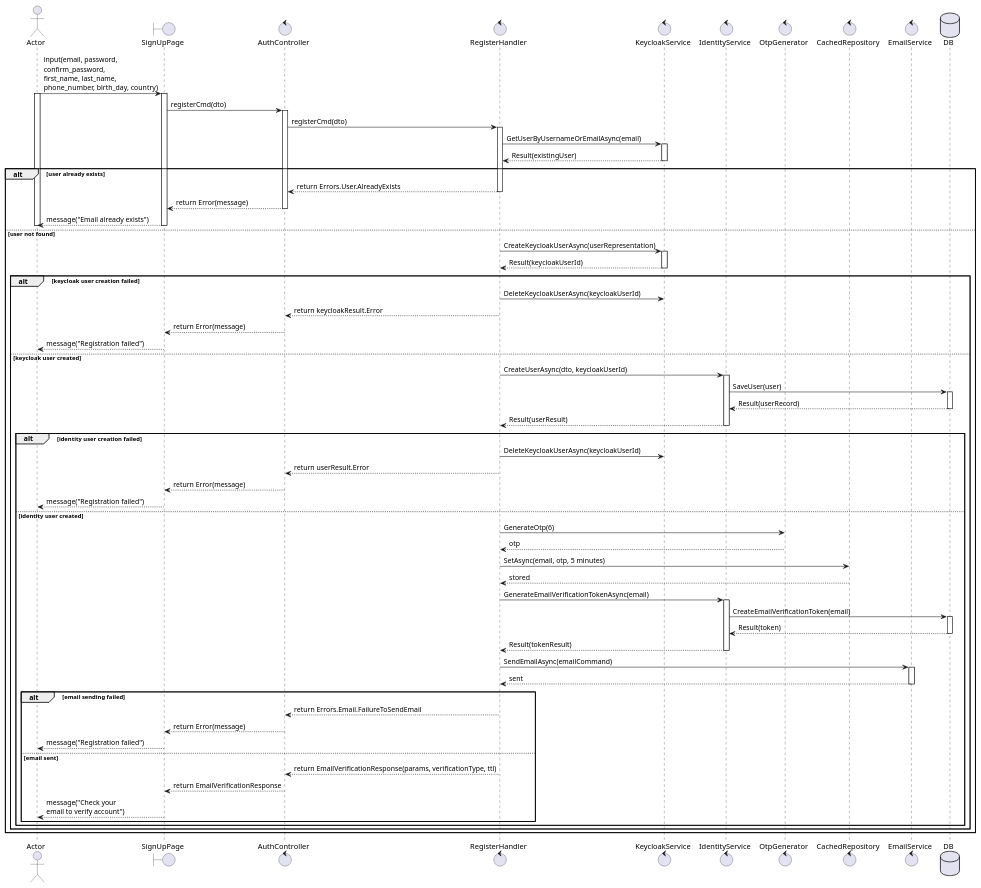
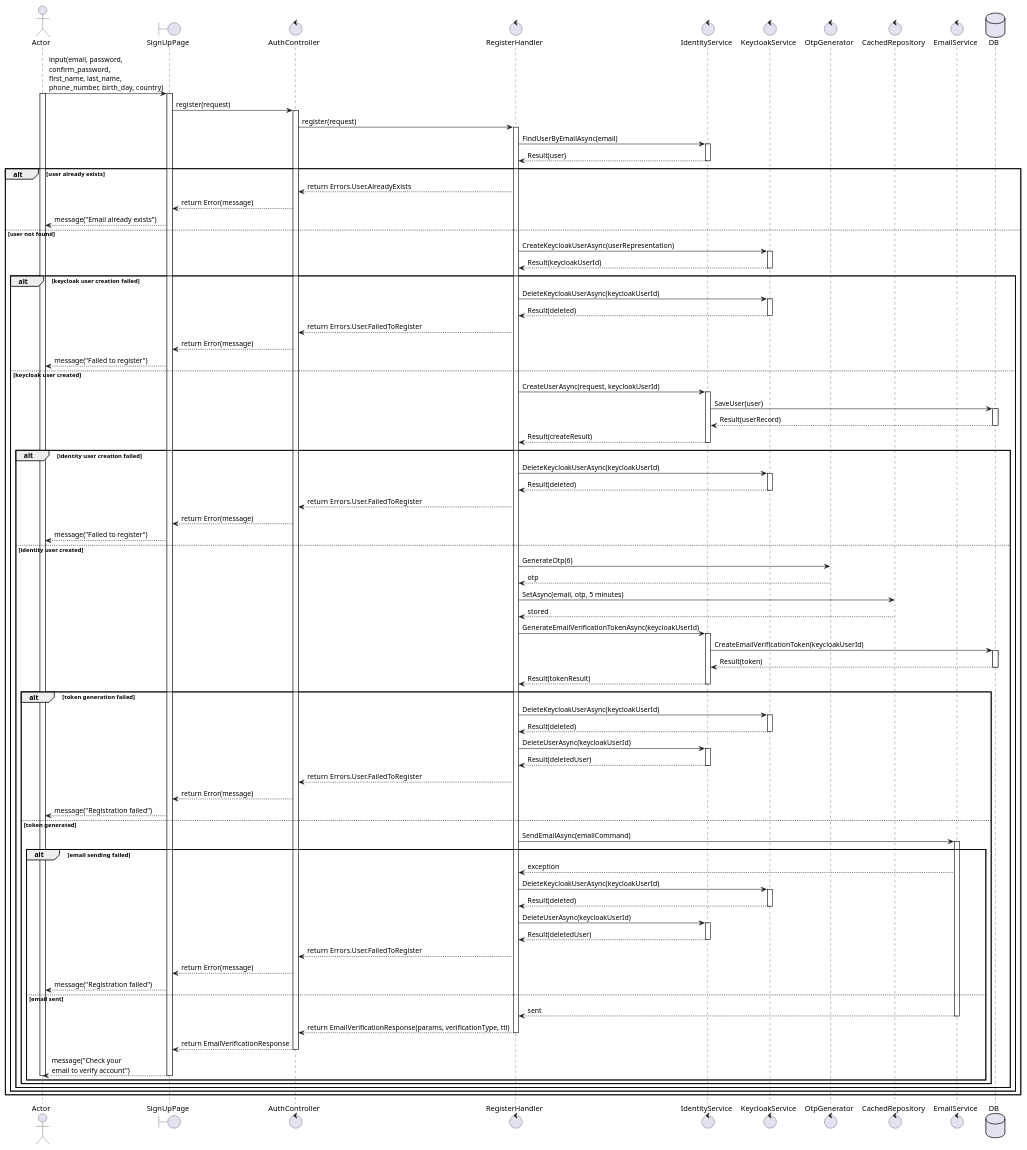
One commit to Young-Z-Generation-YZG/your-comfort-my-apple changed the diagram in docs/usecases/UC1_register.plantuml. Above: the diagram before and after it, drawn with PlantUML. The commit also changed 4 other files, not shown here.

```diff
--- a/docs/usecases/UC1_register.plantuml
+++ b/docs/usecases/UC1_register.plantuml
@@ -1,112 +1,115 @@
-@startuml
+@startuml UC1_Register
 actor Actor
 boundary SignUpPage
 control AuthController
 control RegisterHandler
+control IdentityService
 control KeycloakService
-control IdentityService
 control OtpGenerator
 control CachedRepository
 control EmailService
 database DB
 
 Actor -> SignUpPage: input(email, password, \nconfirm_password, \nfirst_name, last_name, \nphone_number, birth_day, country)
 activate Actor
 activate SignUpPage
-
-SignUpPage -> AuthController: registerCmd(dto)
+SignUpPage -> AuthController: register(request)
 activate AuthController
-
-AuthController -> RegisterHandler: registerCmd(dto)
+AuthController -> RegisterHandler: register(request)
 activate RegisterHandler
-
-RegisterHandler -> KeycloakService: GetUserByUsernameOrEmailAsync(email)
-activate KeycloakService
-KeycloakService --> RegisterHandler: Result(existingUser)
-deactivate KeycloakService
-
+RegisterHandler -> IdentityService: FindUserByEmailAsync(email)
+activate IdentityService
+IdentityService --> RegisterHandler: Result(user)
+deactivate IdentityService
 alt user already exists
     RegisterHandler --> AuthController: return Errors.User.AlreadyExists
-    deactivate RegisterHandler
     AuthController --> SignUpPage: return Error(message)
-    deactivate AuthController
     SignUpPage --> Actor: message("Email already exists")
-    deactivate SignUpPage
-    deactivate Actor
 else user not found
     RegisterHandler -> KeycloakService: CreateKeycloakUserAsync(userRepresentation)
     activate KeycloakService
     KeycloakService --> RegisterHandler: Result(keycloakUserId)
     deactivate KeycloakService
-
     alt keycloak user creation failed
         RegisterHandler -> KeycloakService: DeleteKeycloakUserAsync(keycloakUserId)
-        RegisterHandler --> AuthController: return keycloakResult.Error
-        deactivate RegisterHandler
+        activate KeycloakService
+        KeycloakService --> RegisterHandler: Result(deleted)
+        deactivate KeycloakService
+        RegisterHandler --> AuthController: return Errors.User.FailedToRegister
         AuthController --> SignUpPage: return Error(message)
-        deactivate AuthController
-        SignUpPage --> Actor: message("Registration failed")
-        deactivate SignUpPage
-        deactivate Actor
+        SignUpPage --> Actor: message("Failed to register")
     else keycloak user created
-        RegisterHandler -> IdentityService: CreateUserAsync(dto, keycloakUserId)
+        RegisterHandler -> IdentityService: CreateUserAsync(request, keycloakUserId)
         activate IdentityService
         IdentityService -> DB: SaveUser(user)
         activate DB
         DB --> IdentityService: Result(userRecord)
         deactivate DB
-        IdentityService --> RegisterHandler: Result(userResult)
+        IdentityService --> RegisterHandler: Result(createResult)
         deactivate IdentityService
-
         alt identity user creation failed
             RegisterHandler -> KeycloakService: DeleteKeycloakUserAsync(keycloakUserId)
-            RegisterHandler --> AuthController: return userResult.Error
-            deactivate RegisterHandler
+            activate KeycloakService
+            KeycloakService --> RegisterHandler: Result(deleted)
+            deactivate KeycloakService
+            RegisterHandler --> AuthController: return Errors.User.FailedToRegister
             AuthController --> SignUpPage: return Error(message)
-            deactivate AuthController
-            SignUpPage --> Actor: message("Registration failed")
-            deactivate SignUpPage
-            deactivate Actor
+            SignUpPage --> Actor: message("Failed to register")
         else identity user created
             RegisterHandler -> OtpGenerator: GenerateOtp(6)
             OtpGenerator --> RegisterHandler: otp
-
             RegisterHandler -> CachedRepository: SetAsync(email, otp, 5 minutes)
             CachedRepository --> RegisterHandler: stored
-
-            RegisterHandler -> IdentityService: GenerateEmailVerificationTokenAsync(email)
+            RegisterHandler -> IdentityService: GenerateEmailVerificationTokenAsync(keycloakUserId)
             activate IdentityService
-            IdentityService -> DB: CreateEmailVerificationToken(email)
+            IdentityService -> DB: CreateEmailVerificationToken(keycloakUserId)
             activate DB
             DB --> IdentityService: Result(token)
             deactivate DB
             IdentityService --> RegisterHandler: Result(tokenResult)
             deactivate IdentityService
-
-            RegisterHandler -> EmailService: SendEmailAsync(emailCommand)
-            activate EmailService
-            EmailService --> RegisterHandler: sent
-            deactivate EmailService
-
-            alt email sending failed
-                RegisterHandler --> AuthController: return Errors.Email.FailureToSendEmail
-                deactivate RegisterHandler
+            alt token generation failed
+                RegisterHandler -> KeycloakService: DeleteKeycloakUserAsync(keycloakUserId)
+                activate KeycloakService
+                KeycloakService --> RegisterHandler: Result(deleted)
+                deactivate KeycloakService
+                RegisterHandler -> IdentityService: DeleteUserAsync(keycloakUserId)
+                activate IdentityService
+                IdentityService --> RegisterHandler: Result(deletedUser)
+                deactivate IdentityService
+                RegisterHandler --> AuthController: return Errors.User.FailedToRegister
                 AuthController --> SignUpPage: return Error(message)
-                deactivate AuthController
                 SignUpPage --> Actor: message("Registration failed")
-                deactivate SignUpPage
-                deactivate Actor
-            else email sent
-                RegisterHandler --> AuthController: return EmailVerificationResponse(params, verificationType, ttl)
-                deactivate RegisterHandler
-                AuthController --> SignUpPage: return EmailVerificationResponse
-                deactivate AuthController
-                SignUpPage --> Actor: message("Check your \nemail to verify account")
-                deactivate SignUpPage
-                deactivate Actor
+            else token generated
+                RegisterHandler -> EmailService: SendEmailAsync(emailCommand)
+                activate EmailService
+                alt email sending failed
+                    EmailService --> RegisterHandler: exception
+                    RegisterHandler -> KeycloakService: DeleteKeycloakUserAsync(keycloakUserId)
+                    activate KeycloakService
+                    KeycloakService --> RegisterHandler: Result(deleted)
+                    deactivate KeycloakService
+                    RegisterHandler -> IdentityService: DeleteUserAsync(keycloakUserId)
+                    activate IdentityService
+                    IdentityService --> RegisterHandler: Result(deletedUser)
+                    deactivate IdentityService
+                    RegisterHandler --> AuthController: return Errors.User.FailedToRegister
+                    AuthController --> SignUpPage: return Error(message)
+                    SignUpPage --> Actor: message("Registration failed")
+                else email sent
+                    EmailService --> RegisterHandler: sent
+                    deactivate EmailService
+                    RegisterHandler --> AuthController: return EmailVerificationResponse(params, verificationType, ttl)
+                    deactivate RegisterHandler
+                    AuthController --> SignUpPage: return EmailVerificationResponse
+                    deactivate AuthController
+                    SignUpPage --> Actor: message("Check your \nemail to verify account")
+                    deactivate SignUpPage
+                    deactivate Actor
+                end
             end
         end
     end
 end
 
 @enduml
```
